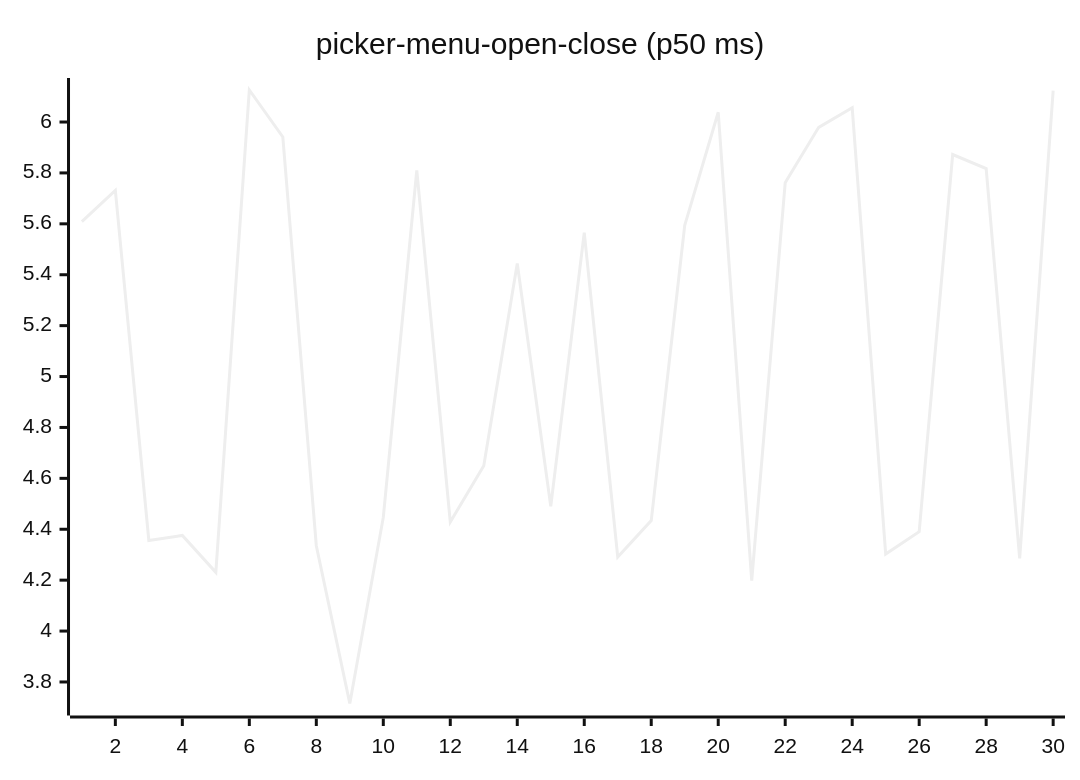
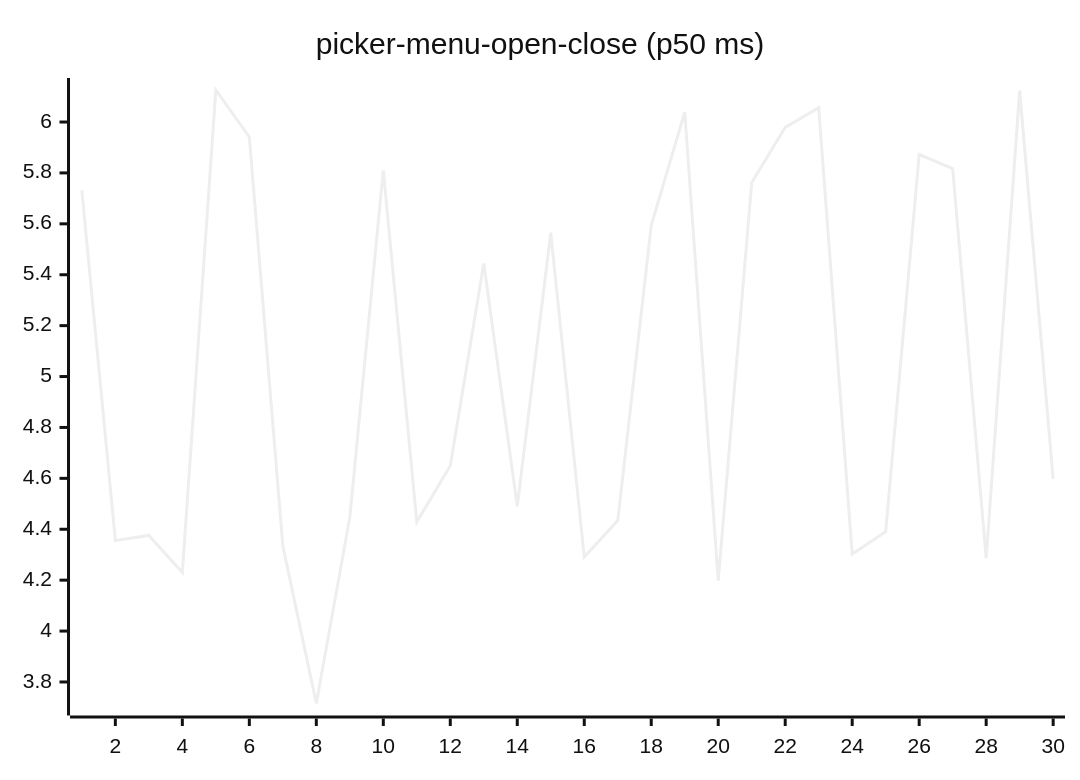
Diagram 16 of 27 in README.md (josha/Facet), drawn with Mermaid (neutral theme) before and after one commit. The commit also changed other lines of this file and 2 other files, not shown here.

````diff
--- a/README.md
+++ b/README.md
@@ -168,6 +168,6 @@
 ```mermaid
 xychart-beta
     title "picker-menu-open-close (p50 ms)"
     x-axis 1 --> 30
-    line [5.6085, 5.7317, 4.3559, 4.3756, 4.2307, 6.1258, 5.9413, 4.3353, 3.7154, 4.4466, 5.8101, 4.4287, 4.6495, 5.4442, 4.4899, 5.5654, 4.2905, 4.4342, 5.5941, 6.0384, 4.1981, 5.7619, 5.9791, 6.0560, 4.3027, 4.3902, 5.8724, 5.8169, 4.2859, 6.1231]
+    line [5.7317, 4.3559, 4.3756, 4.2307, 6.1258, 5.9413, 4.3353, 3.7154, 4.4466, 5.8101, 4.4287, 4.6495, 5.4442, 4.4899, 5.5654, 4.2905, 4.4342, 5.5941, 6.0384, 4.1981, 5.7619, 5.9791, 6.0560, 4.3027, 4.3902, 5.8724, 5.8169, 4.2859, 6.1231, 4.5970]
 ```
````
